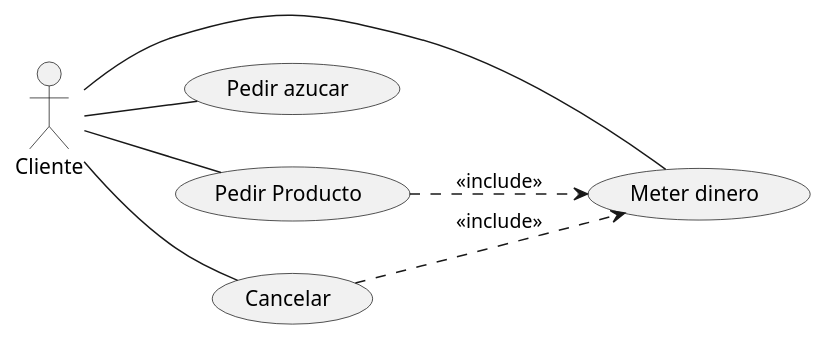
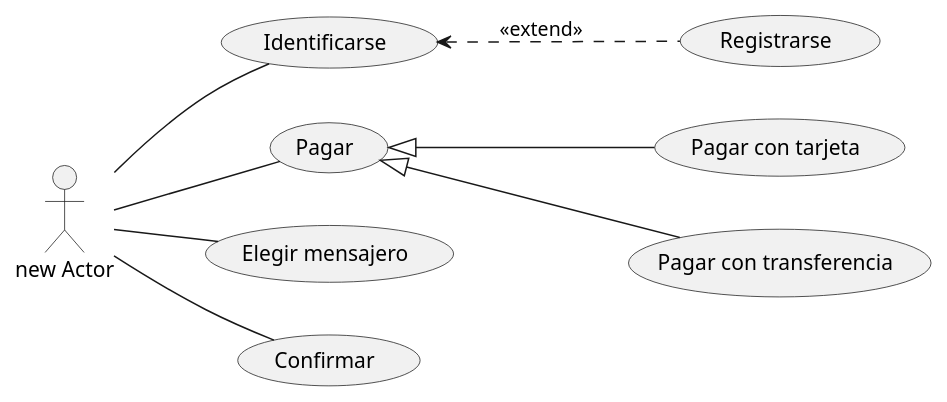
The diagram in src/diagrama de casos.puml (preguntitas/PlantUml), drawn with PlantUML before and after one commit.

Commit message:
Diagrama Tienda en Internet

```diff
--- a/src/diagrama de casos.puml
+++ b/src/diagrama de casos.puml
@@ -1,17 +1,22 @@
 @startuml
 ' DEFINICIONES
-:Cliente: as cliente
-(Meter dinero) as dinero
-(Pedir azucar) as azucar
-(Pedir Producto) as producto
-(Cancelar) as cancelar
+:new Actor: as actor
+(Identificarse) as indentificarse
+(Pagar) as pagar
+(Elegir mensajero) as elegir
+(Confirmar) as confirmar
+(Registrarse) as registrar
+(Pagar con tarjeta) as tarjeta
+(Pagar con transferencia) as transferencia
 
 ' RELACIONES
 left to right direction
-cliente -- dinero
-cliente -- azucar
-cliente -- producto
-cliente -- cancelar
-producto ..> dinero : <<include>>
-cancelar ..> dinero : <<include>>
+actor -- indentificarse
+actor -- pagar
+actor -- elegir
+actor -- confirmar
+indentificarse <.. registrar : <<extend>>
+pagar <|-- tarjeta
+pagar <|-- transferencia
+
 @enduml
```
